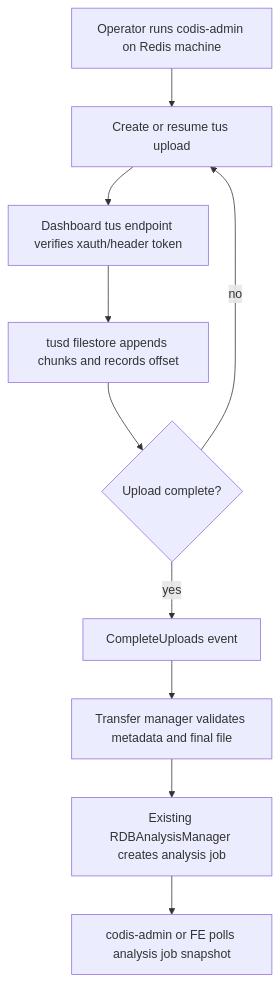
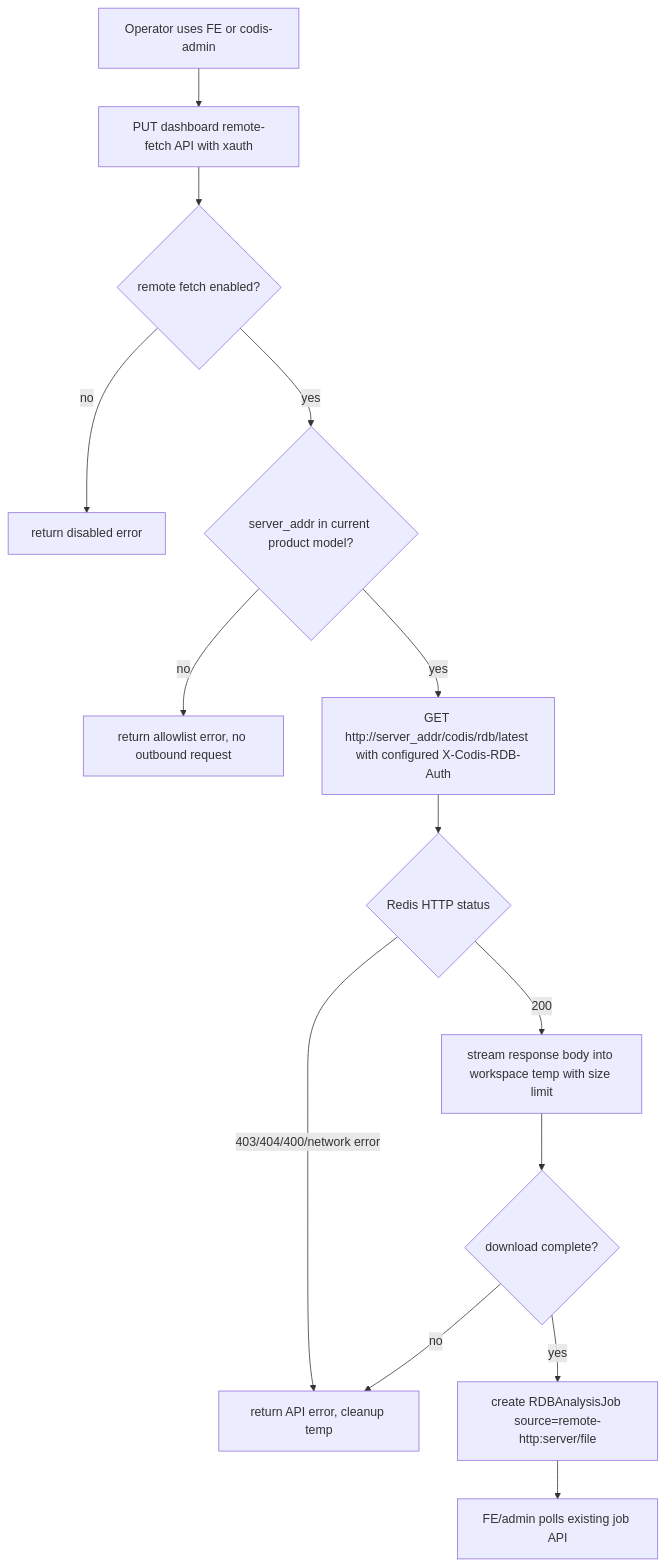
The diagram in .codestable/features/2026-05-19-rdb-remote-transfer-analysis/rdb-remote-transfer-analysis-design.md (realli07kkk/codis), drawn with Mermaid before and after one commit. The commit also changed other lines of this file and 19 other files, not shown here.

Commit message:
rdb-analysis: add remote fetch from Redis export

````diff
--- a/.codestable/features/2026-05-19-rdb-remote-transfer-analysis/rdb-remote-transfer-analysis-design.md
+++ b/.codestable/features/2026-05-19-rdb-remote-transfer-analysis/rdb-remote-transfer-analysis-design.md
@@ -202,12 +227,16 @@
 ```mermaid
 flowchart TD
-    A["Operator runs codis-admin on Redis machine"] --> B["Create or resume tus upload"]
-    B --> C["Dashboard tus endpoint verifies xauth/header token"]
-    C --> D["tusd filestore appends chunks and records offset"]
-    D --> E{"Upload complete?"}
-    E -->|no| B
-    E -->|yes| F["CompleteUploads event"]
-    F --> G["Transfer manager validates metadata and final file"]
-    G --> H["Existing RDBAnalysisManager creates analysis job"]
-    H --> I["codis-admin or FE polls analysis job snapshot"]
+    A["Operator uses FE or codis-admin"] --> B["PUT dashboard remote-fetch API with xauth"]
+    B --> C{"remote fetch enabled?"}
+    C -->|no| X["return disabled error"]
+    C -->|yes| D{"server_addr in current product model?"}
+    D -->|no| Y["return allowlist error, no outbound request"]
+    D -->|yes| E["GET http://server_addr/codis/rdb/latest with configured X-Codis-RDB-Auth"]
+    E --> F{"Redis HTTP status"}
+    F -->|403/404/400/network error| Z["return API error, cleanup temp"]
+    F -->|200| G["stream response body into workspace temp with size limit"]
+    G --> H{"download complete?"}
+    H -->|no| Z
+    H -->|yes| I["create RDBAnalysisJob source=remote-http:server/file"]
+    I --> J["FE/admin polls existing job API"]
 ```
````
